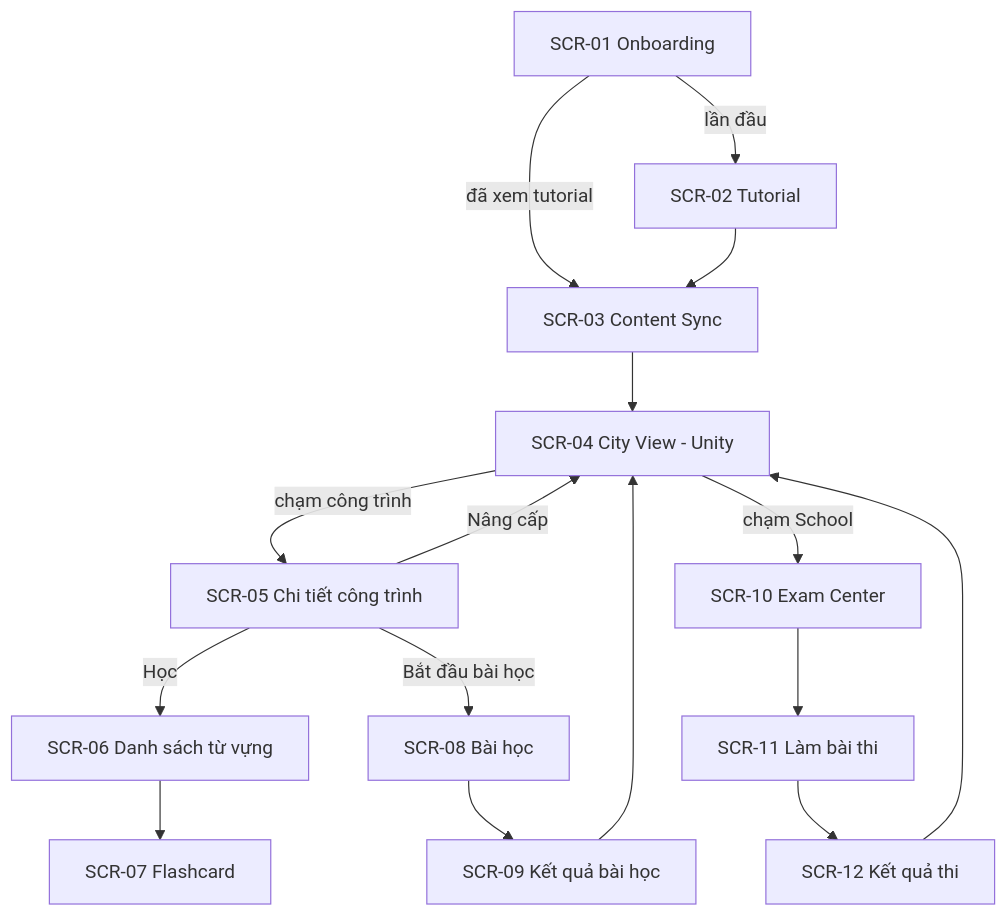
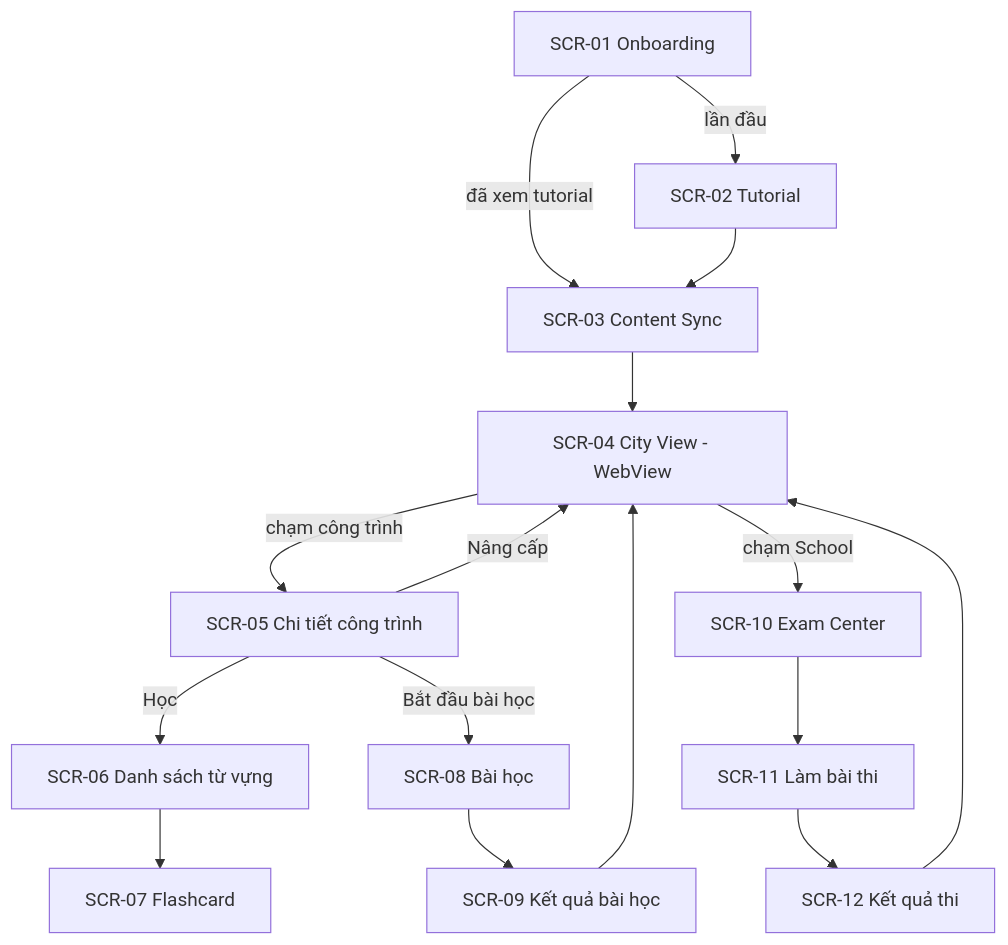
One commit to anhh76612-ops/LinguaCity changed the diagram in docs/04-ui/screen-catalog.md. Above: the diagram before and after it, drawn with Mermaid. The commit also changed other lines of this file and 4 other files, not shown here.

Commit message:
docs: ADR-011 hai hợp đồng City View, system-design §7.2.8 GET /city và viết lại chương 9

````diff
--- a/docs/04-ui/screen-catalog.md
+++ b/docs/04-ui/screen-catalog.md
@@ -31,15 +31,15 @@
 ```mermaid
 flowchart TD
     S01[SCR-01 Onboarding] -->|lần đầu| S02[SCR-02 Tutorial]
     S01 -->|đã xem tutorial| S03[SCR-03 Content Sync]
     S02 --> S03
-    S03 --> S04[SCR-04 City View - Unity]
+    S03 --> S04[SCR-04 City View - WebView]
     S04 -->|chạm công trình| S05[SCR-05 Chi tiết công trình]
     S05 -->|Học| S06[SCR-06 Danh sách từ vựng]
     S06 --> S07[SCR-07 Flashcard]
     S05 -->|Bắt đầu bài học| S08[SCR-08 Bài học]
     S08 --> S09[SCR-09 Kết quả bài học] --> S04
     S04 -->|chạm School| S10[SCR-10 Exam Center]
     S10 --> S11[SCR-11 Làm bài thi] --> S12[SCR-12 Kết quả thi] --> S04
     S05 -->|Nâng cấp| S04
 ```
````
